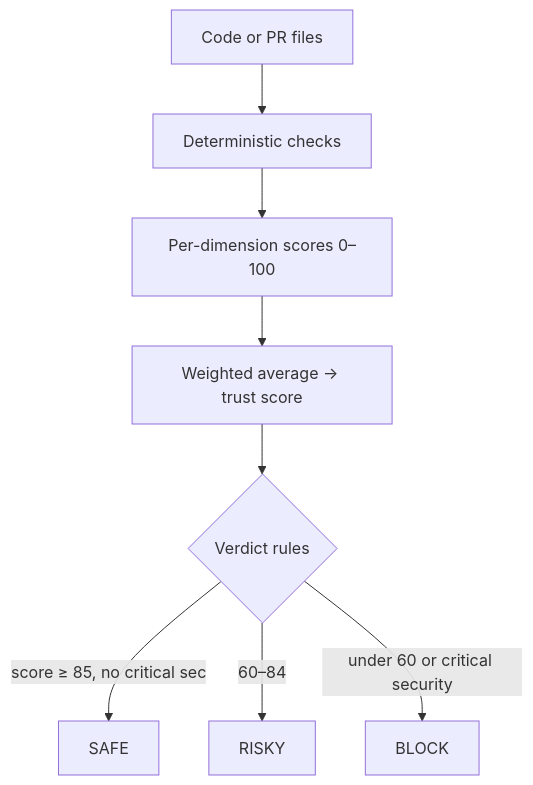
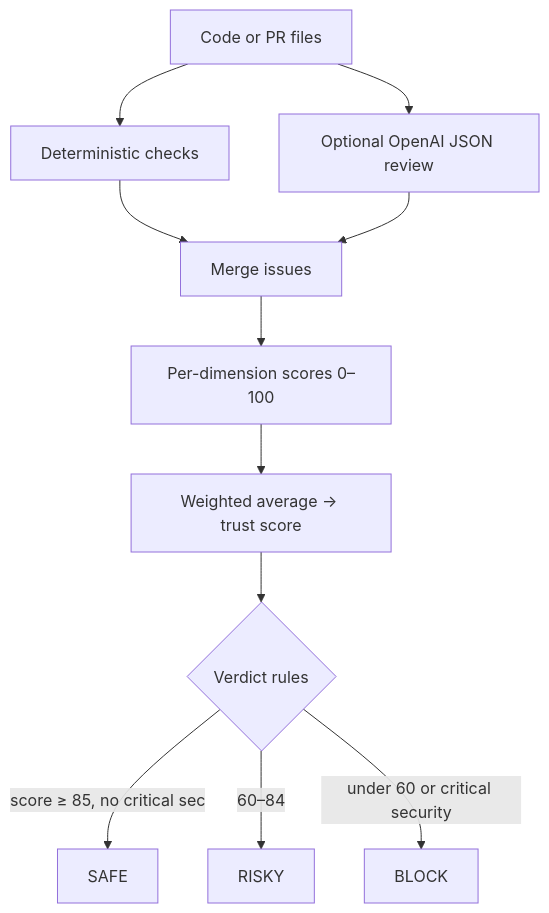
Before and after one commit to nehaaprasad/codetrust: the third of 3 diagrams in README.md, drawn with Mermaid. The commit also changed other lines of this file and 1 other file, not shown here.

Commit message:
document backend layout and optional openai env

````diff
--- a/README.md
+++ b/README.md
@@ -36,10 +53,13 @@
 ```mermaid
 flowchart TD
   I[Code or PR files] --> C[Deterministic checks]
-  C --> D[Per-dimension scores 0–100]
+  I --> L[Optional OpenAI JSON review]
+  C --> M[Merge issues]
+  L --> M
+  M --> D[Per-dimension scores 0–100]
   D --> W[Weighted average → trust score]
   W --> V{Verdict rules}
   V -->|score ≥ 85, no critical sec| S[SAFE]
   V -->|60–84| Y[RISKY]
   V -->|under 60 or critical security| B[BLOCK]
 ```
````
